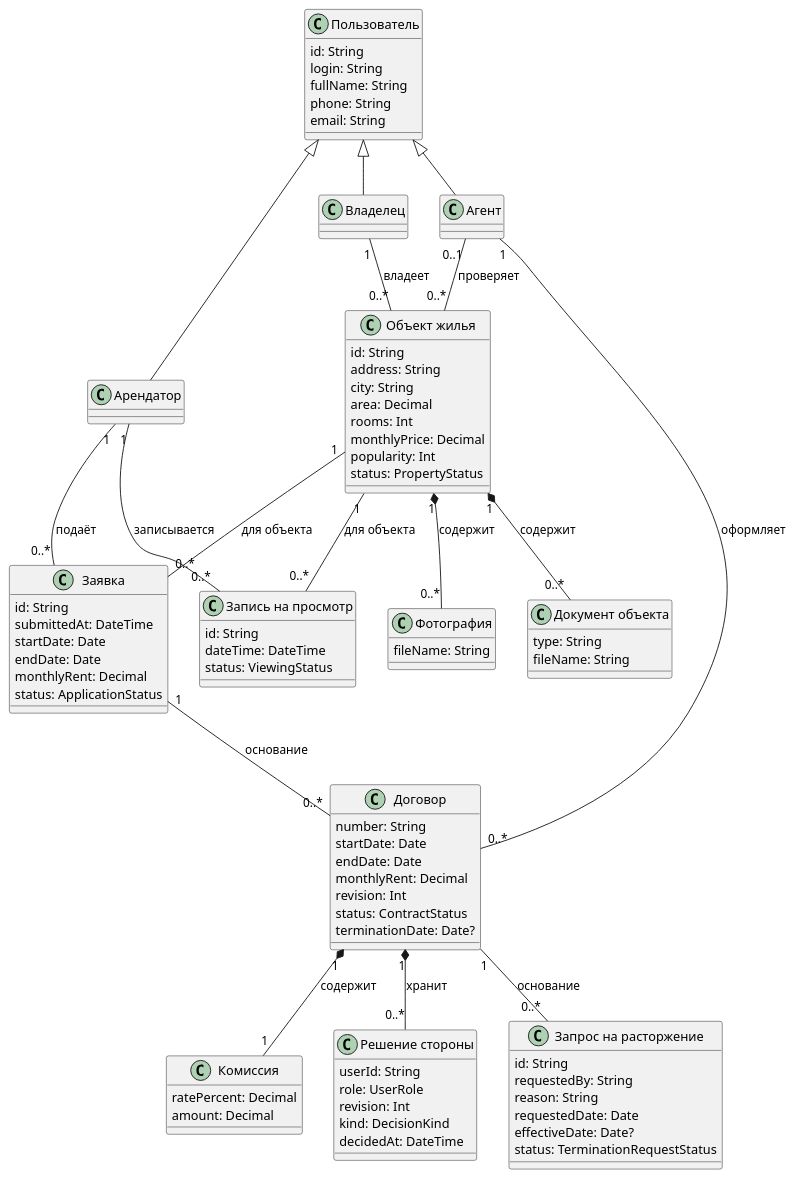
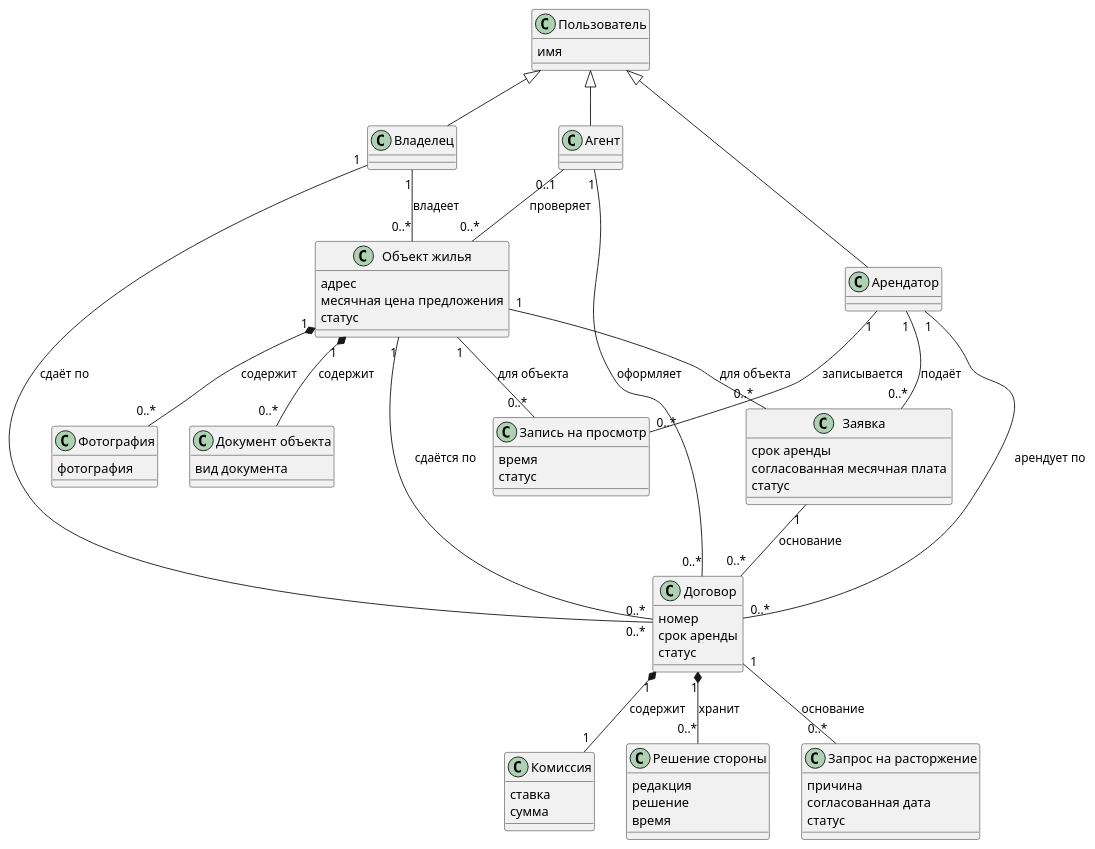
One commit to penamarth/bsbo-11-24_team2_var8_rentagency changed the diagram in МодельПредметОбласть.md. Above: the diagram before and after it, drawn with PlantUML. The commit also changed other lines of this file and 2 other files, not shown here.

````diff
--- a/МодельПредметОбласть.md
+++ b/МодельПредметОбласть.md
@@ -25,18 +28,13 @@
 @startuml
 skinparam classAttributeIconSize 0
 class "Пользователь" as User {
-  id: String
-  login: String
-  fullName: String
-  phone: String
-  email: String
+  имя
 }
 class "Фотография" as Photo {
-  fileName: String
+  фотография
 }
 class "Документ объекта" as PropertyDocument {
-  type: String
-  fileName: String
+  вид документа
 }
 class "Владелец" as Owner {
 }
@@ -45,55 +43,37 @@
 class "Агент" as Agent {
 }
 class "Объект жилья" as Property {
-  id: String
-  address: String
-  city: String
-  area: Decimal
-  rooms: Int
-  monthlyPrice: Decimal
-  popularity: Int
-  status: PropertyStatus
+  адрес
+  месячная цена предложения
+  статус
 }
 class "Запись на просмотр" as Viewing {
-  id: String
-  dateTime: DateTime
-  status: ViewingStatus
+  время
+  статус
 }
 class "Заявка" as Application {
-  id: String
-  submittedAt: DateTime
-  startDate: Date
-  endDate: Date
-  monthlyRent: Decimal
-  status: ApplicationStatus
+  срок аренды
+  согласованная месячная плата
+  статус
 }
 class "Договор" as Contract {
-  number: String
-  startDate: Date
-  endDate: Date
-  monthlyRent: Decimal
-  revision: Int
-  status: ContractStatus
-  terminationDate: Date?
+  номер
+  срок аренды
+  статус
 }
 class "Комиссия" as Commission {
-  ratePercent: Decimal
-  amount: Decimal
+  ставка
+  сумма
 }
 class "Решение стороны" as PartyDecision {
-  userId: String
-  role: UserRole
-  revision: Int
-  kind: DecisionKind
-  decidedAt: DateTime
+  редакция
+  решение
+  время
 }
 class "Запрос на расторжение" as TerminationRequest {
-  id: String
-  requestedBy: String
-  reason: String
-  requestedDate: Date
-  effectiveDate: Date?
-  status: TerminationRequestStatus
+  причина
+  согласованная дата
+  статус
 }
 Owner "1" -- "0..*" Property : владеет
 Tenant "1" -- "0..*" Viewing : записывается
@@ -115,5 +95,8 @@
 Property "1" *-- "0..*" PropertyDocument : содержит
 
 
+Property "1" -- "0..*" Contract : сдаётся по
+Tenant "1" -- "0..*" Contract : арендует по
+Owner "1" -- "0..*" Contract : сдаёт по
 @enduml
 ```
````
